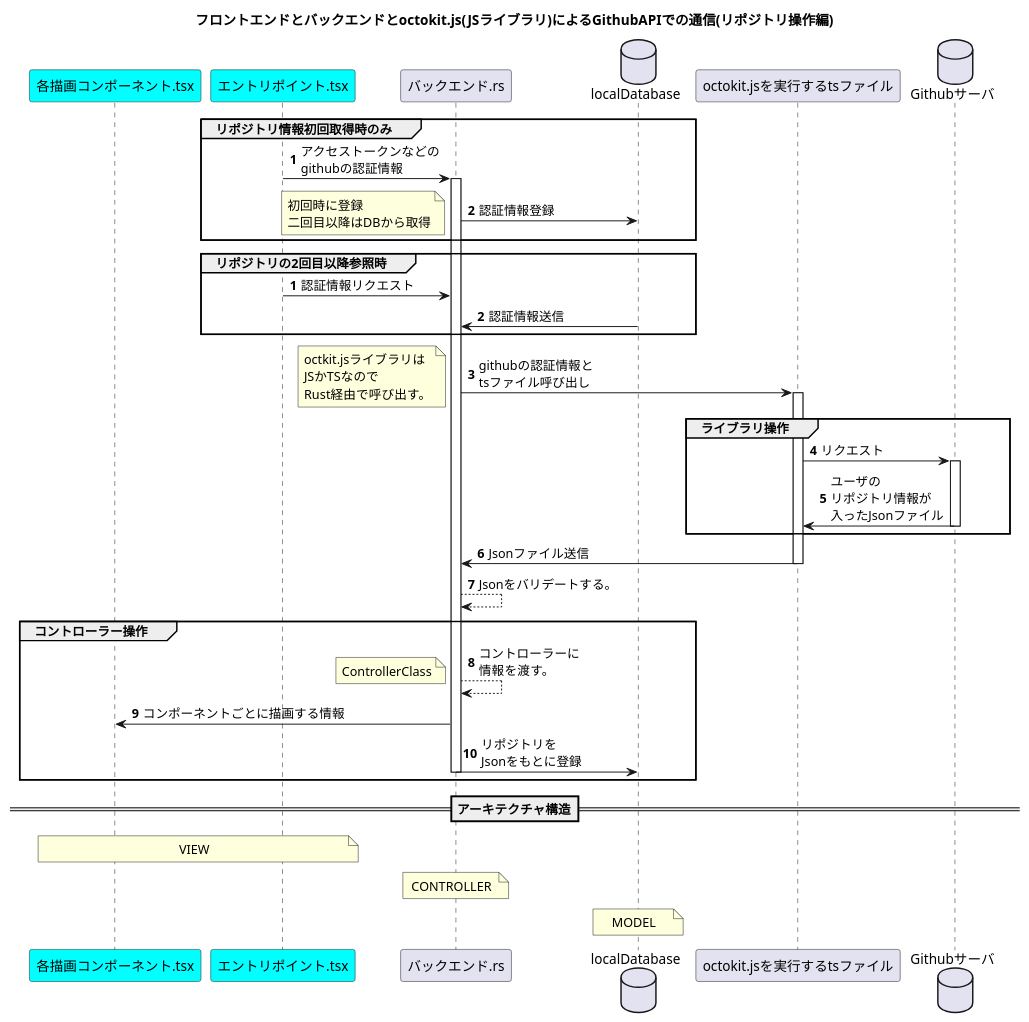
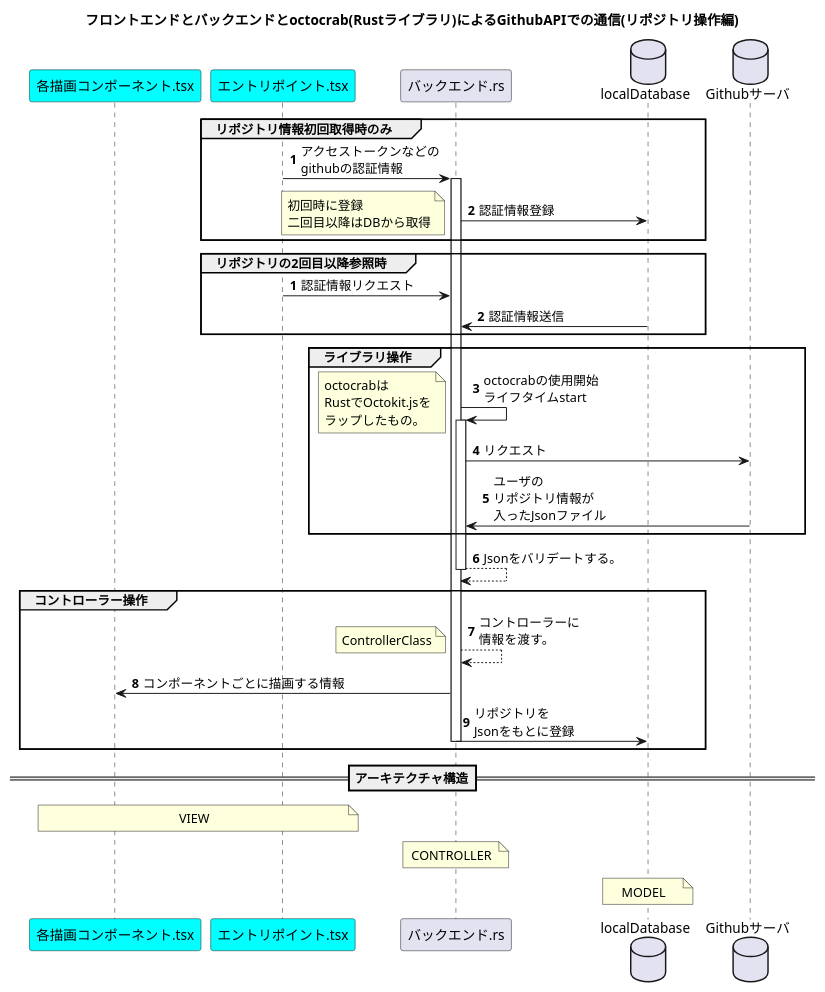
Before and after one commit to Rerurate514/GitAidTools: the diagram in appSequence.pu, drawn with PlantUML.

Commit message:
octkit.js -> octocrab changed

```diff
--- a/appSequence.pu
+++ b/appSequence.pu
@@ -3,54 +3,52 @@
 @startuml
-title フロントエンドとバックエンドとoctokit.js(JSライブラリ)によるGithubAPIでの通信(リポジトリ操作編)
+title フロントエンドとバックエンドとoctocrab(Rustライブラリ)によるGithubAPIでの通信(リポジトリ操作編)
 
 participant 各描画コンポーネント.tsx #Aqua
 participant エントリポイント.tsx #Aqua
 
 participant バックエンド.rs
 database localDatabase
 
-participant octokit.jsを実行するtsファイル
 database Githubサーバ
 
 autonumber
 
 group リポジトリ情報初回取得時のみ
     エントリポイント.tsx -> バックエンド.rs ++ : アクセストークンなどの\ngithubの認証情報
     バックエンド.rs -> localDatabase : 認証情報登録
     note left : 初回時に登録\n二回目以降はDBから取得
 end
 
 autonumber stop
 autonumber
 
 group リポジトリの2回目以降参照時
     エントリポイント.tsx -> バックエンド.rs : 認証情報リクエスト
     localDatabase -> バックエンド.rs : 認証情報送信
 end
 
-バックエンド.rs -> octokit.jsを実行するtsファイル ++ : githubの認証情報と\ntsファイル呼び出し
-note left : octkit.jsライブラリは\nJSかTSなので\nRust経由で呼び出す。
+group ライブラリ操作
+    バックエンド.rs -> バックエンド.rs ++ : octocrabの使用開始\nライフタイムstart
+    note left : octocrabは\nRustでOctokit.jsを\nラップしたもの。
 
- group ライブラリ操作
-    octokit.jsを実行するtsファイル -> Githubサーバ ++ : リクエスト
-    Githubサーバ -> octokit.jsを実行するtsファイル -- : ユーザの\nリポジトリ情報が\n入ったJsonファイル
-    end
+    バックエンド.rs -> Githubサーバ  : リクエスト
+    Githubサーバ -> バックエンド.rs -- : ユーザの\nリポジトリ情報が\n入ったJsonファイル
 
-octokit.jsを実行するtsファイル -> バックエンド.rs -- : Jsonファイル送信
+end 
 
-バックエンド.rs --> バックエンド.rs : Jsonをバリデートする。
+バックエンド.rs --> バックエンド.rs -- : Jsonをバリデートする。
 
 group コントローラー操作
     バックエンド.rs --> バックエンド.rs : コントローラーに\n情報を渡す。
     note left : ControllerClass
     バックエンド.rs -> 各描画コンポーネント.tsx : コンポーネントごとに描画する情報
     バックエンド.rs -> localDatabase -- : リポジトリを\nJsonをもとに登録
 end
 
 ==アーキテクチャ構造==
 
 note over 各描画コンポーネント.tsx, エントリポイント.tsx : VIEW
 note over バックエンド.rs, バックエンド.rs : CONTROLLER
 note over localDatabase, localDatabase : MODEL
 
 @enduml
```
